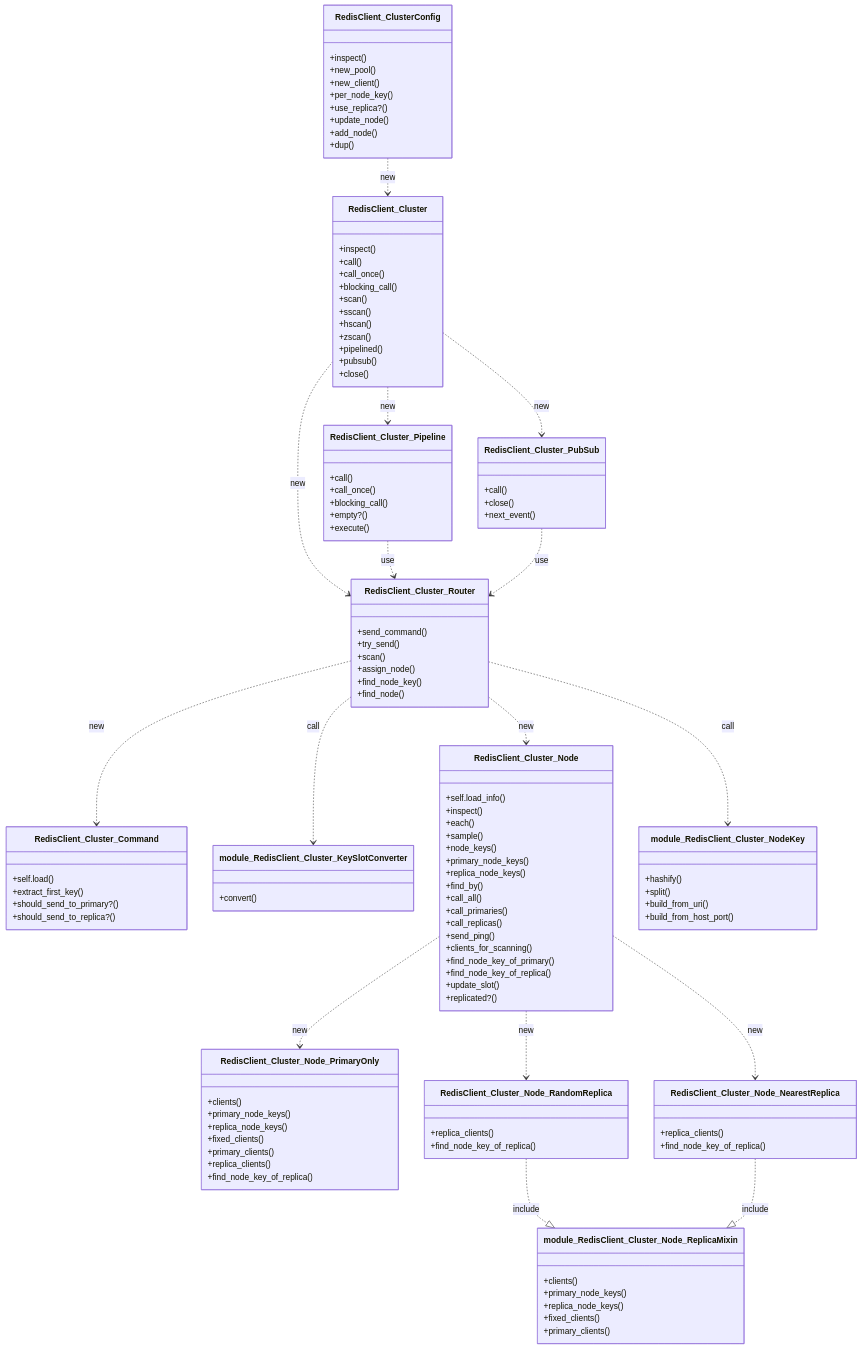
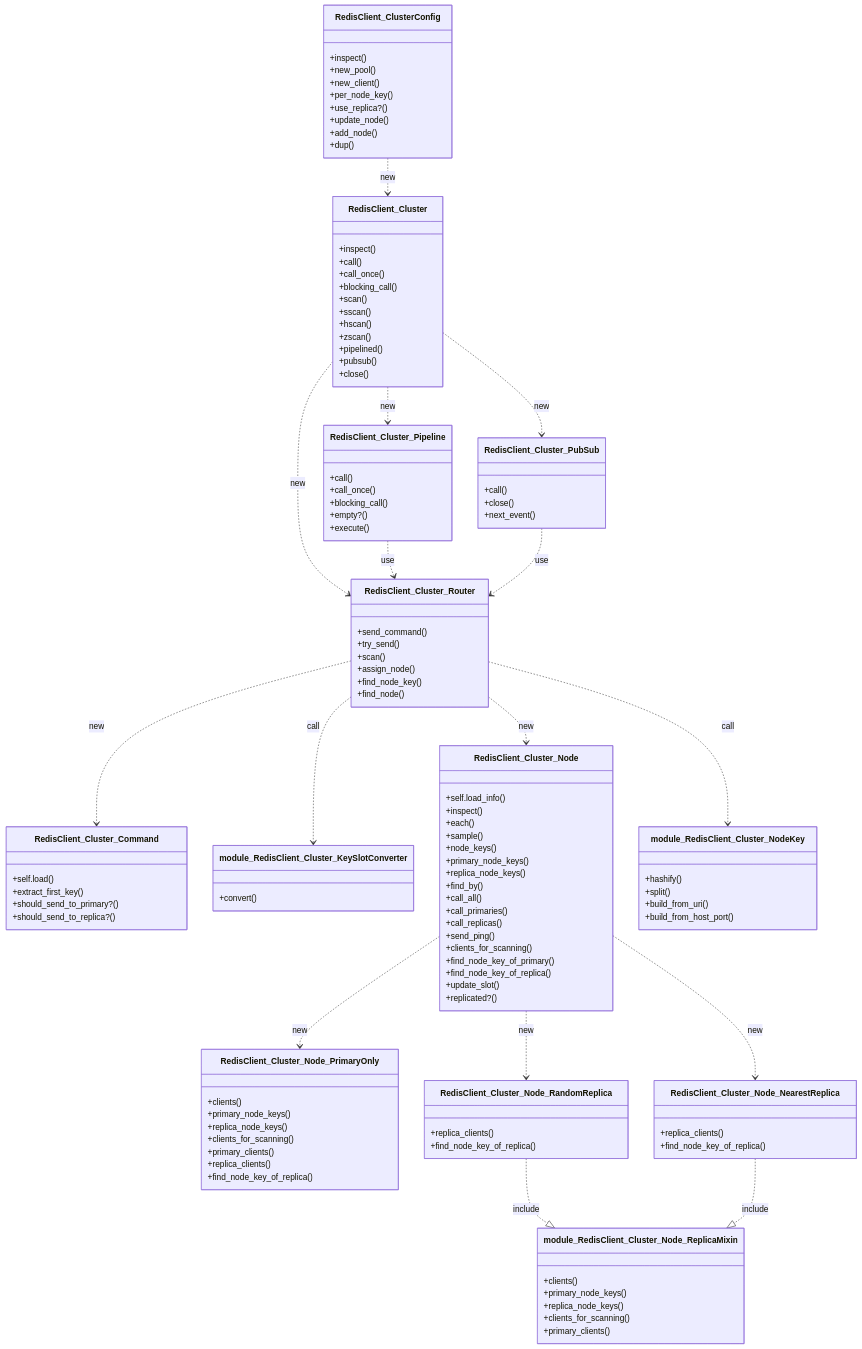
Before and after one commit to redis-rb/redis-cluster-client: the diagram in docs/class_diagrams_redis_cluster_client.md, drawn with Mermaid. The commit also changed 4 other files, not shown here.

```diff
--- a/docs/class_diagrams_redis_cluster_client.md
+++ b/docs/class_diagrams_redis_cluster_client.md
@@ -62,7 +62,7 @@
     +clients()
     +primary_node_keys()
     +replica_node_keys()
-    +fixed_clients()
+    +clients_for_scanning()
     +primary_clients()
     +replica_clients()
     +find_node_key_of_replica()
@@ -82,7 +82,7 @@
     +clients()
     +primary_node_keys()
     +replica_node_keys()
-    +fixed_clients()
+    +clients_for_scanning()
     +primary_clients()
   }
 
```
